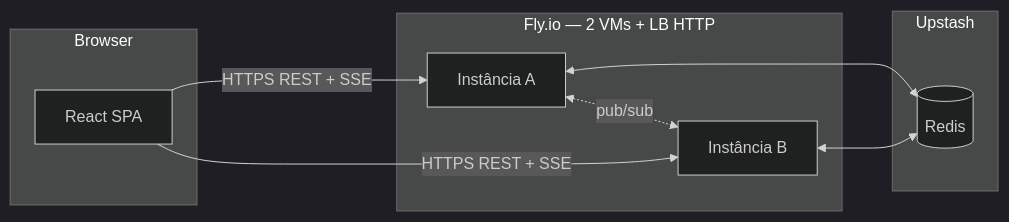
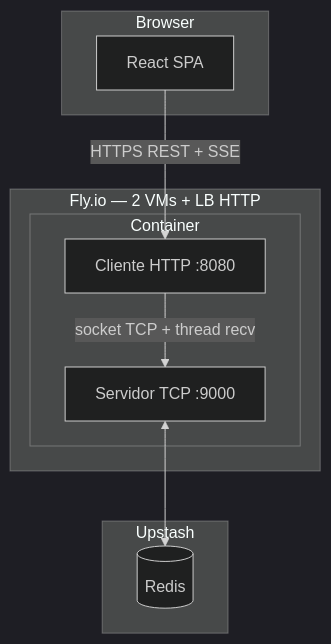
Before and after one commit to PedroCaurio/distributed-chat: the diagram in docs/ARCHITECTURE.md, drawn with Mermaid (dark theme). The commit also changed other lines of this file and 50 other files, not shown here.

````diff
--- a/docs/ARCHITECTURE.md
+++ b/docs/ARCHITECTURE.md
@@ -5,18 +5,18 @@
 ```mermaid
-flowchart LR
+flowchart TB
   subgraph Browser
     FE[React SPA]
   end
   subgraph Fly["Fly.io — 2 VMs + LB HTTP"]
-    I1[Instância A]
-    I2[Instância B]
+    subgraph Container
+      CL[Cliente HTTP :8080]
+      SV[Servidor TCP :9000]
+    end
   end
   subgraph Upstash
     R[(Redis)]
   end
-  FE -->|HTTPS REST + SSE| I1
-  FE -->|HTTPS REST + SSE| I2
-  I1 <--> R
-  I2 <--> R
-  I1 <-. pub/sub .-> I2
+  FE -->|HTTPS REST + SSE| CL
+  CL -->|socket TCP + thread recv| SV
+  SV <--> R
 ```
````
